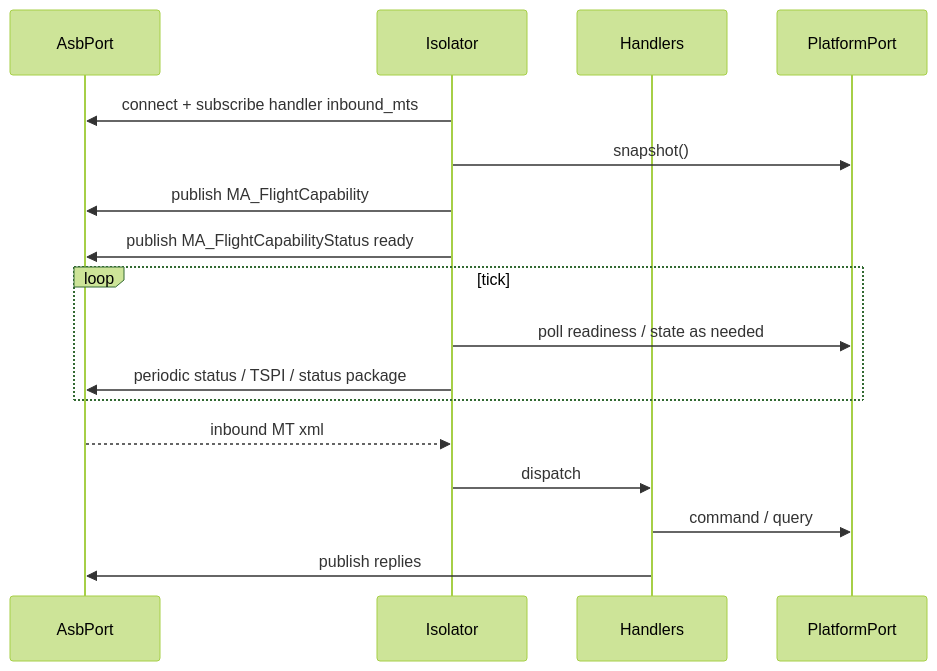
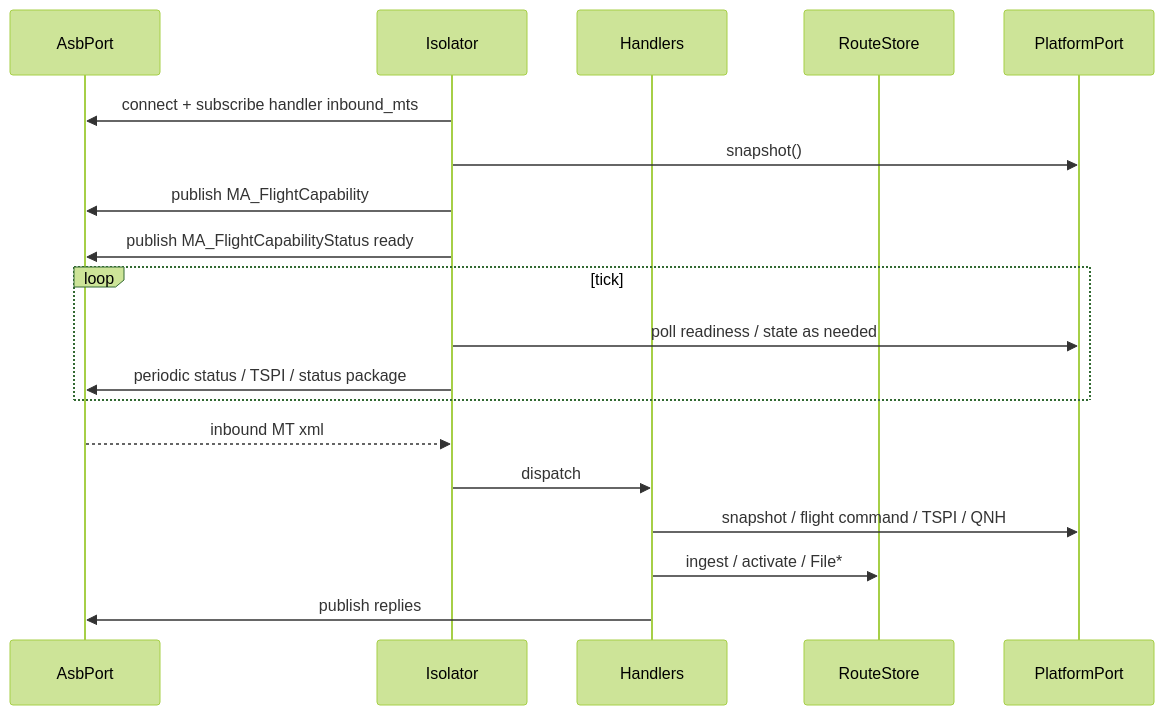
One commit to OpenAutonomy/open-vi changed the diagram in docs/ISOLATOR.md. Above: the diagram before and after it, drawn with Mermaid (forest theme). The commit also changed other lines of this file and 49 other files, not shown here.

First line of the commit message:
Make Isolator own A-GRA sequences so a public 0.1.0 has a small vehicle port.

````diff
--- a/docs/ISOLATOR.md
+++ b/docs/ISOLATOR.md
@@ -13,22 +13,24 @@
 ```mermaid
 sequenceDiagram
   participant Bus as AsbPort
   participant Iso as Isolator
   participant H as Handlers
+  participant R as RouteStore
   participant P as PlatformPort
 
   Iso->>Bus: connect + subscribe handler inbound_mts
   Iso->>P: snapshot()
   Iso->>Bus: publish MA_FlightCapability
   Iso->>Bus: publish MA_FlightCapabilityStatus ready
 
   loop tick
     Iso->>P: poll readiness / state as needed
     Iso->>Bus: periodic status / TSPI / status package
   end
 
   Bus-->>Iso: inbound MT xml
   Iso->>H: dispatch
-  H->>P: command / query
+  H->>P: snapshot / flight command / TSPI / QNH
+  H->>R: ingest / activate / File*
   H->>Bus: publish replies
 ```
````
